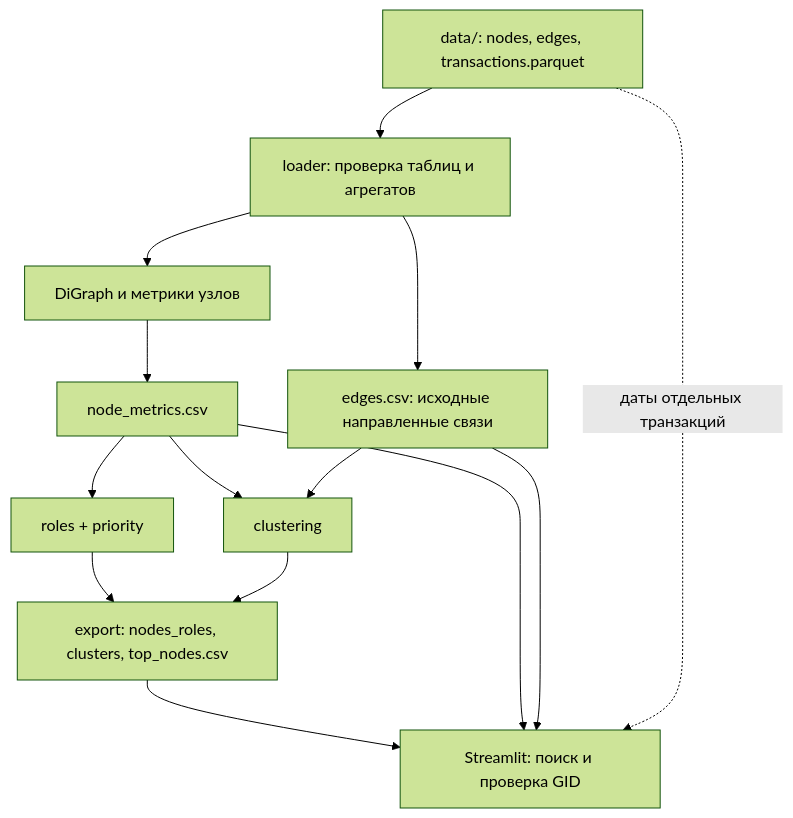
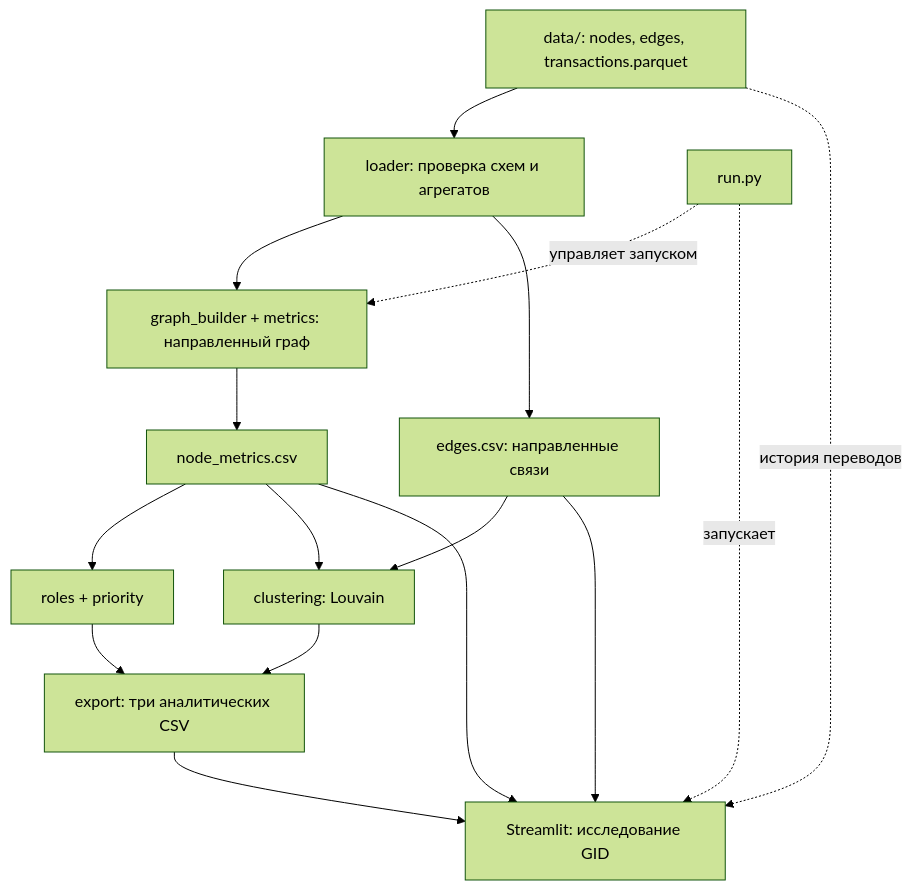
The diagram in README.md (BAITC-Hacks/hack-c4e364b4-shakarim), drawn with Mermaid (forest theme) before and after one commit. The commit also changed other lines of this file and 25 other files, not shown here.

````diff
--- a/README.md
+++ b/README.md
@@ -60,16 +44,18 @@
 ```mermaid
 flowchart TD
-    A["data/: nodes, edges, transactions.parquet"] --> B["loader: проверка таблиц и агрегатов"]
-    B --> C["DiGraph и метрики узлов"]
+    A["data/: nodes, edges, transactions.parquet"] --> B["loader: проверка схем и агрегатов"]
+    B --> C["graph_builder + metrics: направленный граф"]
     C --> D["node_metrics.csv"]
-    B --> E["edges.csv: исходные направленные связи"]
+    B --> E["edges.csv: направленные связи"]
     D --> F["roles + priority"]
-    D --> G["clustering"]
+    D --> G["clustering: Louvain"]
     E --> G
-    F --> H["export: nodes_roles, clusters, top_nodes.csv"]
+    F --> H["export: три аналитических CSV"]
     G --> H
-    H --> I["Streamlit: поиск и проверка GID"]
+    H --> I["Streamlit: исследование GID"]
     D --> I
     E --> I
-    A -. "даты отдельных транзакций" .-> I
+    A -. "история переводов" .-> I
+    R["run.py"] -. "управляет запуском" .-> C
+    R -. "запускает" .-> I
 ```
````
